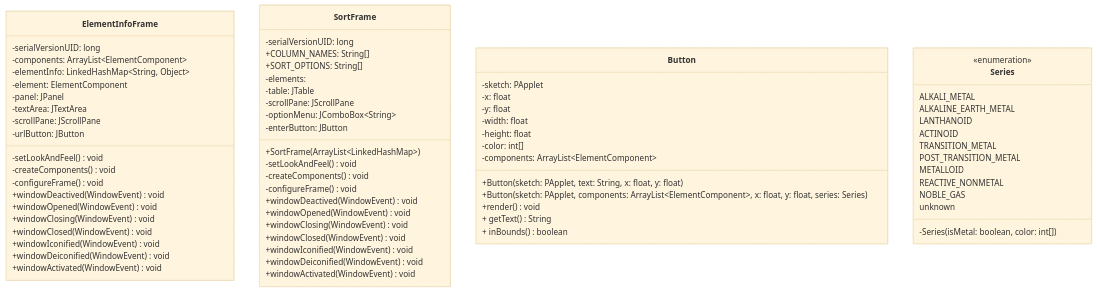
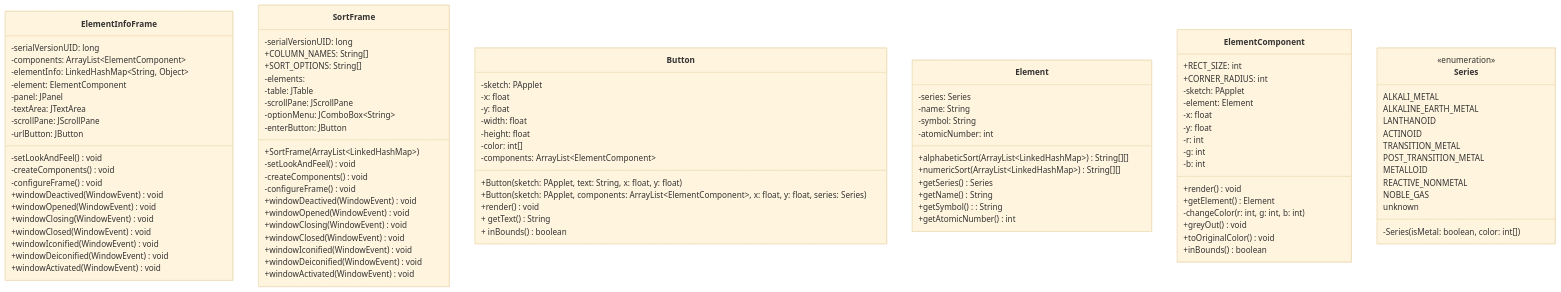
Before and after one commit to 9661328/cp2-individual-project: the diagram in README.md, drawn with Mermaid (base theme).

```diff
--- a/README.md
+++ b/README.md
@@ -84,6 +84,39 @@
 + inBounds() boolean
 }
 
+class Element{
+-series: Series
+-name: String
+-symbol: String
+-atomicNumber: int
+
++alphabeticSort(ArrayList~LinkedHashMap~) String[][]
++numericSort(ArrayList~LinkedHashMap~) String[][]
++getSeries() Series
++getName() String
++getSymbol(): String
++getAtomicNumber() int
+}
+
+class ElementComponent{
++RECT_SIZE: int
++CORNER_RADIUS: int
+-sketch: PApplet
+-element: Element
+-x: float
+-y: float
+-r: int
+-g: int
+-b: int
+
++render() void
++getElement() Element
+-changeColor(r: int, g: int, b: int)
++greyOut() void
++toOriginalColor() void
++inBounds() boolean
+}
+
 class Series{
 <<enumeration>>
 ALKALI_METAL
```
